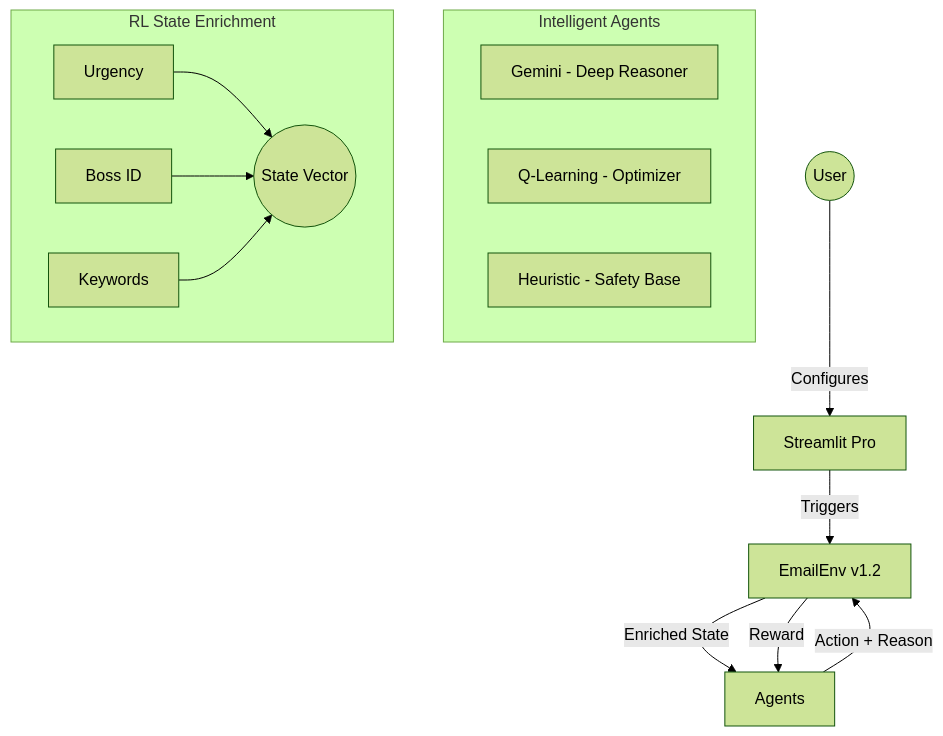
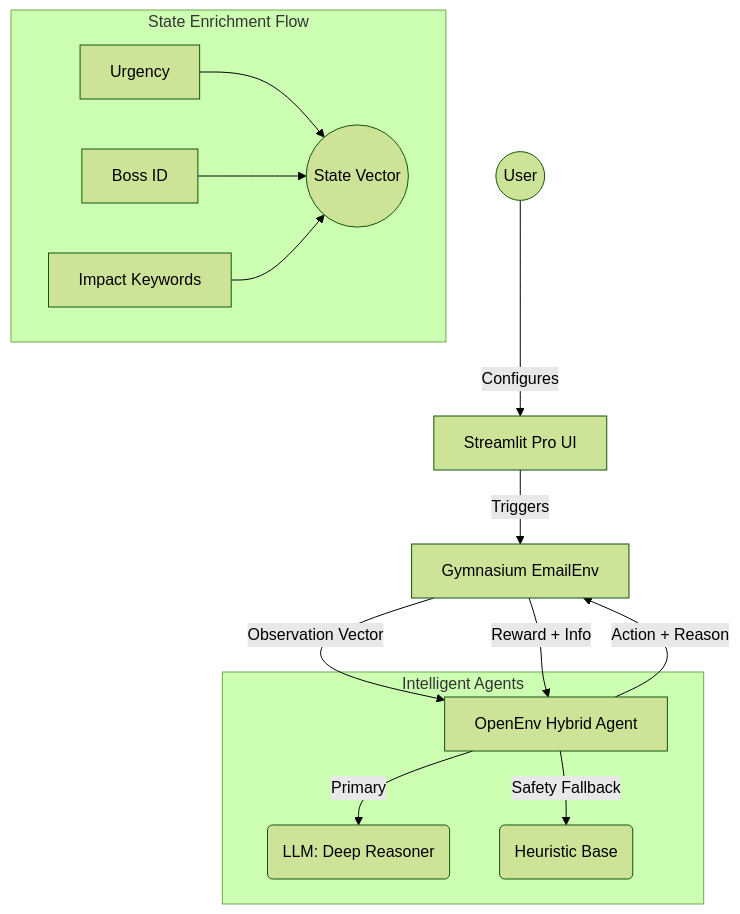
The diagram in README.md (Bhavyansh-parihar/MailMind-AI), drawn with Mermaid (forest theme) before and after one commit. The commit also changed other lines of this file, not shown here.

Commit message:
feat: Comprehensive README update and OpenEnv compliance

````diff
--- a/README.md
+++ b/README.md
@@ -26,20 +34,20 @@
 ```mermaid
 graph TD
-    User((User)) -->|Configures| UI[Streamlit Pro]
-    UI -->|Triggers| Env[EmailEnv v1.2]
+    User((User)) -->|Configures| UI[Streamlit Pro UI]
+    UI -->|Triggers| Env[Gymnasium EmailEnv]
     
     subgraph "Intelligent Agents"
-        G[Gemini - Deep Reasoner]
-        Q[Q-Learning - Optimizer]
-        H[Heuristic - Safety Base]
+        Agent[OpenEnv Hybrid Agent]
+        Agent -->|Primary| LLM(LLM: Deep Reasoner)
+        Agent -->|Safety Fallback| HS(Heuristic Base)
     end
     
-    Env -->|Enriched State| Agents
-    Agents -->|Action + Reason| Env
-    Env -->|Reward| Agents
+    Env -->|Observation Vector| Agent
+    Agent -->|Action + Reason| Env
+    Env -->|Reward + Info| Agent
     
-    subgraph "RL State Enrichment"
+    subgraph "State Enrichment Flow"
         direction LR
-        S1[Urgency] & S2[Boss ID] & S3[Keywords] --> State((State Vector))
+        S1[Urgency] & S2[Boss ID] & S3[Impact Keywords] --> State((State Vector))
     end
 ```
````
